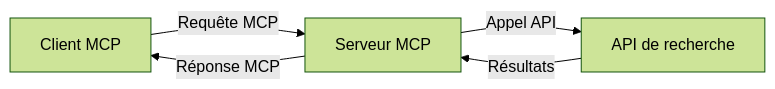
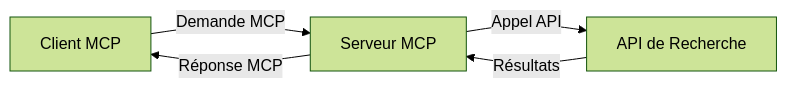
The second of 4 diagrams in translations/fr/05-AdvancedTopics/mcp-realtimesearch/README.md (microsoft/mcp-for-beginners), drawn with Mermaid (forest theme) before and after one commit. The commit also changed other lines of this file and 146 other files, not shown here.

````diff
--- a/translations/fr/05-AdvancedTopics/mcp-realtimesearch/README.md
+++ b/translations/fr/05-AdvancedTopics/mcp-realtimesearch/README.md
@@ -598,7 +600,7 @@
 ```mermaid
 graph LR
-    Client[Client MCP] --> |Requête MCP| Server[Serveur MCP]
-    Server --> |Appel API| SearchAPI[API de recherche]
+    Client[Client MCP] --> |Demande MCP| Server[Serveur MCP]
+    Server --> |Appel API| SearchAPI[API de Recherche]
     SearchAPI --> |Résultats| Server
     Server --> |Réponse MCP| Client
 ```
````
